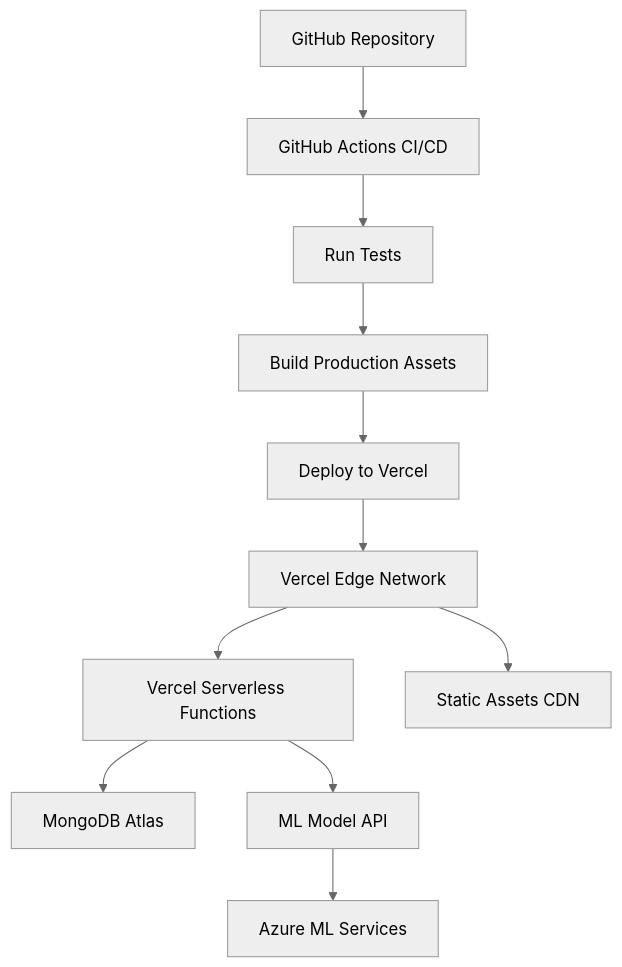
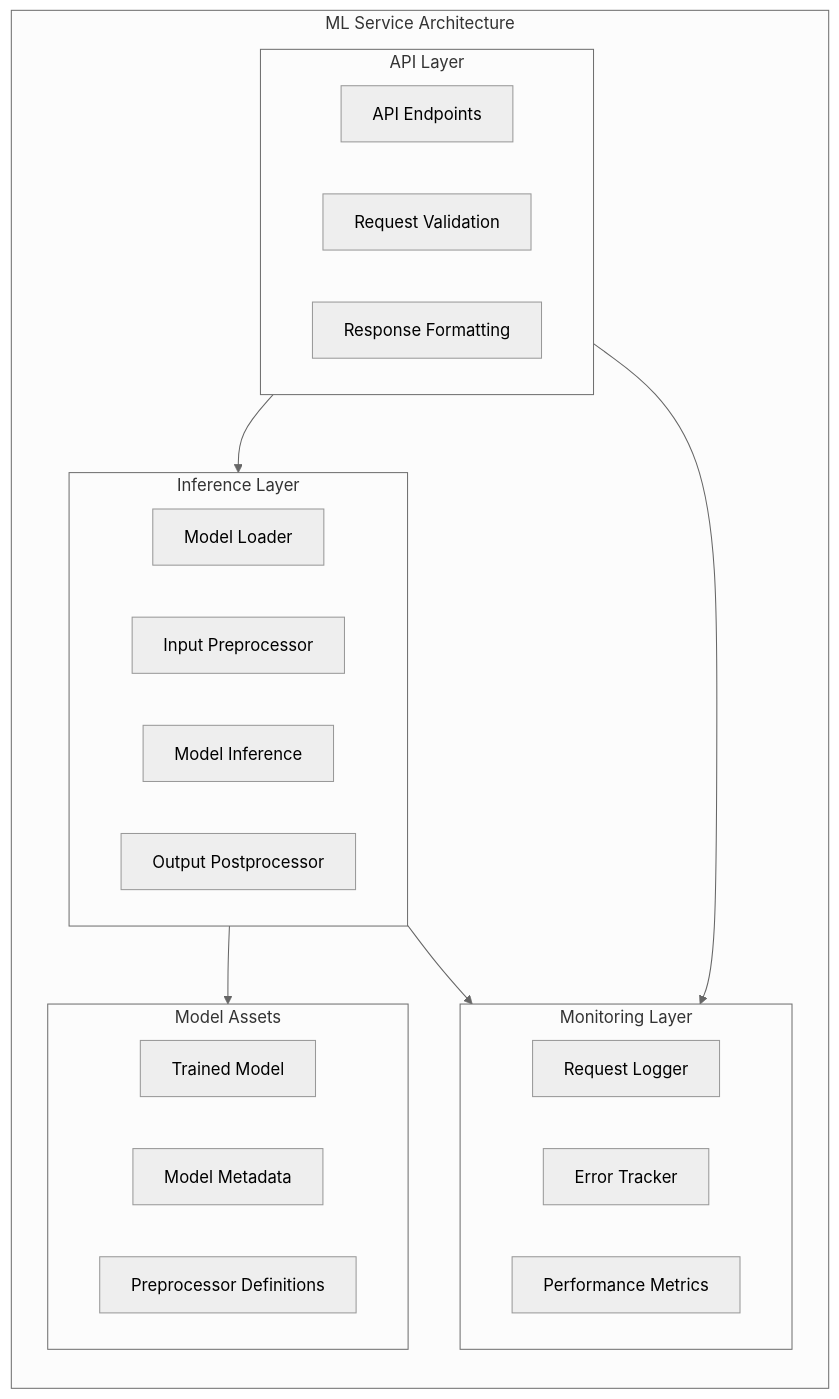
Before and after one commit to AbdullahSaeed1211/temp: the sixth of 15 diagrams in README.md, drawn with Mermaid (neutral theme). The commit also changed other lines of this file, not shown here.

````diff
--- a/README.md
+++ b/README.md
@@ -368,13 +1304,36 @@
 ```mermaid
 flowchart TD
-    A[GitHub Repository] --> B[GitHub Actions CI/CD]
-    B --> C[Run Tests]
-    C --> D[Build Production Assets]
-    D --> E[Deploy to Vercel]
-    E --> F[Vercel Edge Network]
-    F --> G[Vercel Serverless Functions]
-    F --> H[Static Assets CDN]
-    G --> I[MongoDB Atlas]
-    G --> J[ML Model API]
-    J --> K[Azure ML Services]
+    subgraph MLService["ML Service Architecture"]
+        direction TB
+        
+        subgraph API["API Layer"]
+            Endpoints[API Endpoints]
+            Validation[Request Validation]
+            ResponseFormat[Response Formatting]
+        end
+        
+        subgraph Inference["Inference Layer"]
+            ModelLoader[Model Loader]
+            Preprocessor[Input Preprocessor]
+            ModelInference[Model Inference]
+            Postprocessor[Output Postprocessor]
+        end
+        
+        subgraph Monitoring["Monitoring Layer"]
+            Logger[Request Logger]
+            ErrorTracker[Error Tracker]
+            PerformanceMetrics[Performance Metrics]
+        end
+        
+        subgraph ModelAssets["Model Assets"]
+            TrainedModel[Trained Model]
+            Metadata[Model Metadata]
+            Preprocessors[Preprocessor Definitions]
+        end
+    end
+    
+    API --> Inference
+    Inference --> ModelAssets
+    API --> Monitoring
+    Inference --> Monitoring
 ```
````
